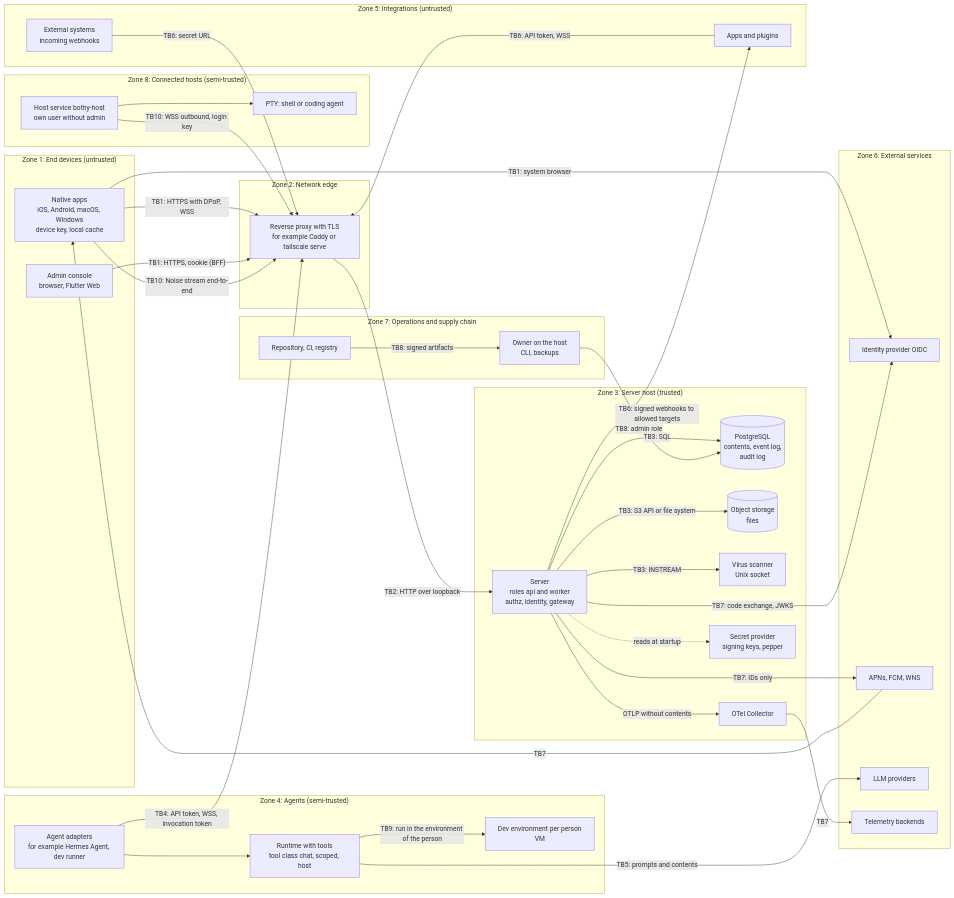
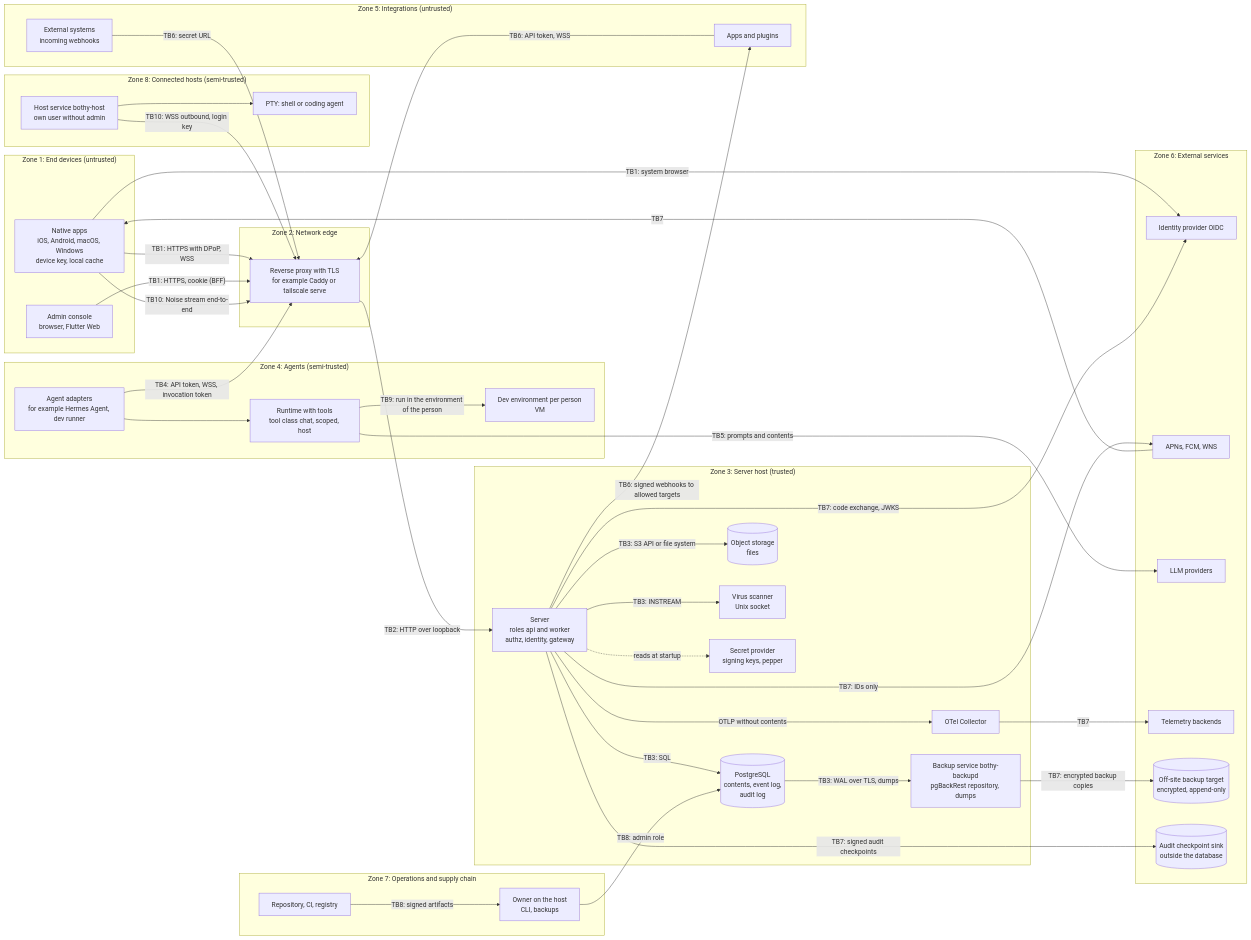
One commit to mguttmann/bothy changed the diagram in docs/security/diagrams/trust-boundaries.mmd. Above: the diagram before and after it, drawn with Mermaid. The commit also changed 77 other files, not shown here.

```diff
--- a/docs/security/diagrams/trust-boundaries.mmd
+++ b/docs/security/diagrams/trust-boundaries.mmd
@@ -1,74 +1,80 @@
 %% System boundary diagram for the threat model (docs/security/threat-model.md)
 %% Render: mermaid-cli 11 (see docs/security/threat-model.md, section 2)
 flowchart LR
     subgraph Z1["Zone 1: End devices (untrusted)"]
         APP["Native apps<br/>iOS, Android, macOS, Windows<br/>device key, local cache"]
         CON["Admin console<br/>browser, Flutter Web"]
     end
 
     subgraph Z2["Zone 2: Network edge"]
         PRX["Reverse proxy with TLS<br/>for example Caddy or tailscale serve"]
     end
 
     subgraph Z3["Zone 3: Server host (trusted)"]
         SRV["Server<br/>roles api and worker<br/>authz, identity, gateway"]
         DB[("PostgreSQL<br/>contents, event log,<br/>audit log")]
         OBJ[("Object storage<br/>files")]
         AV["Virus scanner<br/>Unix socket"]
         OTC["OTel Collector"]
         SP["Secret provider<br/>signing keys, pepper"]
+        BAK["Backup service bothy-backupd<br/>pgBackRest repository, dumps"]
     end
 
     subgraph Z4["Zone 4: Agents (semi-trusted)"]
         ADP["Agent adapters<br/>for example Hermes Agent, dev runner"]
         RT["Runtime with tools<br/>tool class chat, scoped, host"]
         DEV["Dev environment per person<br/>VM"]
     end
 
     subgraph Z8["Zone 8: Connected hosts (semi-trusted)"]
         HOSTD["Host service bothy-host<br/>own user without admin"]
         PTY["PTY: shell or coding agent"]
     end
 
     subgraph Z5["Zone 5: Integrations (untrusted)"]
         APPS["Apps and plugins"]
         EXT["External systems<br/>incoming webhooks"]
     end
 
     subgraph Z6["Zone 6: External services"]
         IDP["Identity provider OIDC"]
         PUSH["APNs, FCM, WNS"]
         LLM["LLM providers"]
         TEL["Telemetry backends"]
+        OFF[("Off-site backup target<br/>encrypted, append-only")]
+        CKS[("Audit checkpoint sink<br/>outside the database")]
     end
 
     subgraph Z7["Zone 7: Operations and supply chain"]
         OPS["Owner on the host<br/>CLI, backups"]
         CI["Repository, CI, registry"]
     end
 
     APP -- "TB1: HTTPS with DPoP, WSS" --> PRX
     CON -- "TB1: HTTPS, cookie (BFF)" --> PRX
     PRX -- "TB2: HTTP over loopback" --> SRV
     SRV -- "TB3: SQL" --> DB
     SRV -- "TB3: S3 API or file system" --> OBJ
     SRV -- "TB3: INSTREAM" --> AV
     SRV -. "reads at startup" .-> SP
     SRV -- "OTLP without contents" --> OTC
     OTC -- "TB7" --> TEL
+    DB -- "TB3: WAL over TLS, dumps" --> BAK
+    BAK -- "TB7: encrypted backup copies" --> OFF
+    SRV -- "TB7: signed audit checkpoints" --> CKS
     ADP -- "TB4: API token, WSS, invocation token" --> PRX
     ADP --> RT
     RT -- "TB5: prompts and contents" --> LLM
     RT -- "TB9: run in the environment of the person" --> DEV
     APPS -- "TB6: API token, WSS" --> PRX
     SRV -- "TB6: signed webhooks to allowed targets" --> APPS
     EXT -- "TB6: secret URL" --> PRX
     APP -- "TB1: system browser" --> IDP
     SRV -- "TB7: code exchange, JWKS" --> IDP
     SRV -- "TB7: IDs only" --> PUSH
     PUSH -- "TB7" --> APP
     OPS -- "TB8: admin role" --> DB
     CI -- "TB8: signed artifacts" --> OPS
     APP -- "TB10: Noise stream end-to-end" --> PRX
     HOSTD -- "TB10: WSS outbound, login key" --> PRX
     HOSTD --> PTY
```
